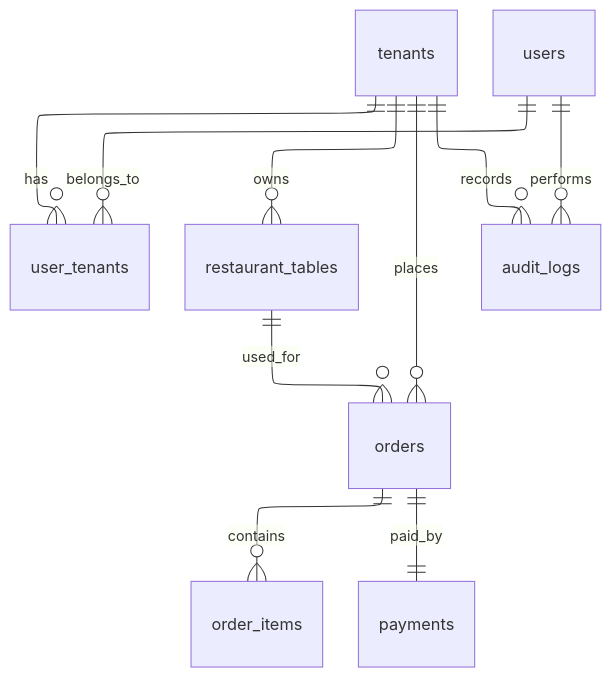
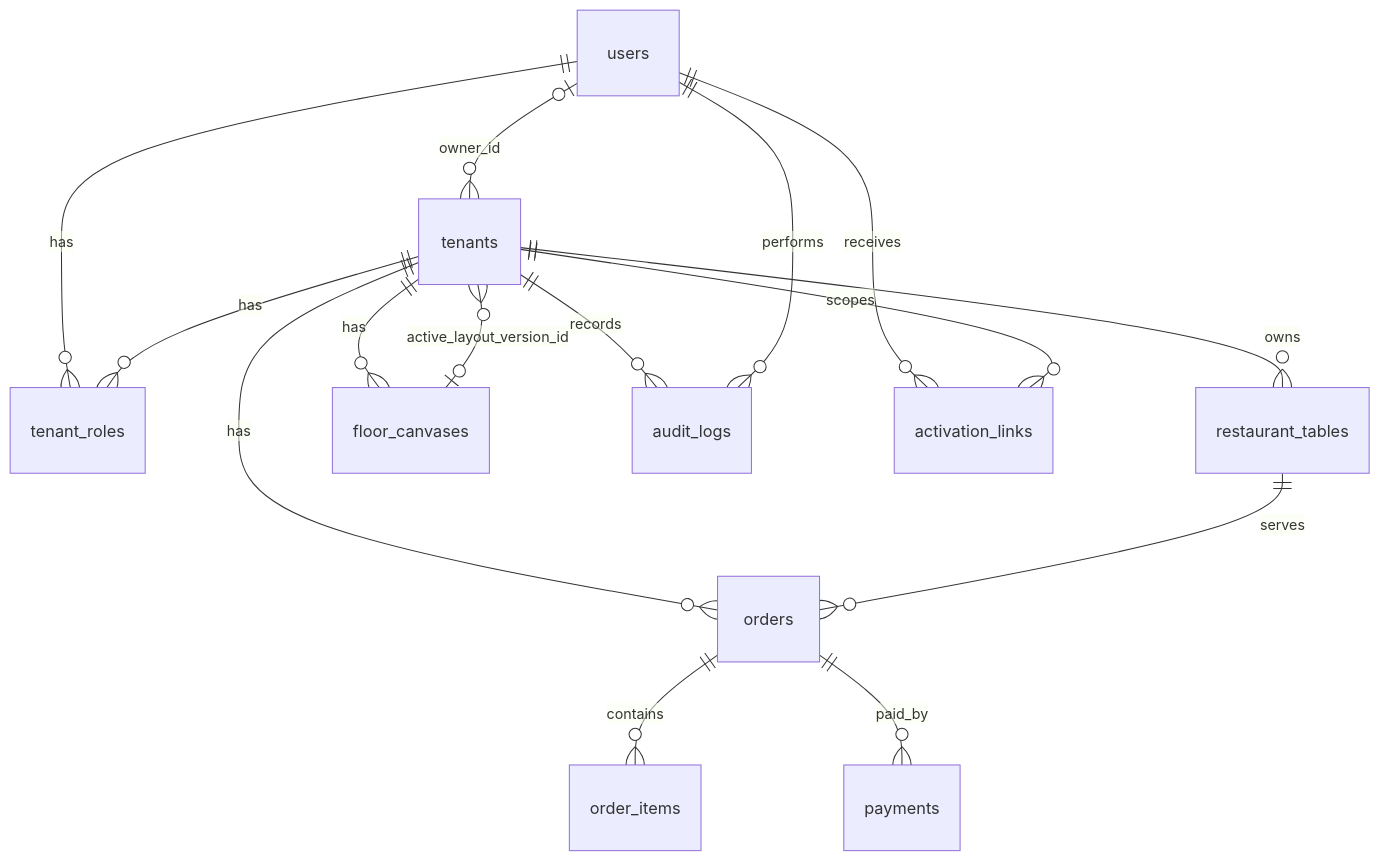
Before and after one commit to restorio-labs/restorio-fullstack: the diagram in app/api/docs/postgres_schema.md, drawn with Mermaid. The commit also changed other lines of this file and 16 other files, not shown here.

Commit message:
#75 - Remove UserTenant model and related references; update database schema and DTOs accordingly

````diff
--- a/app/api/docs/postgres_schema.md
+++ b/app/api/docs/postgres_schema.md
@@ -35,19 +12,22 @@
 ```mermaid
----
-config:
-  layout: elk
----
 erDiagram
-    tenants ||--o{ user_tenants : has
-    users ||--o{ user_tenants : belongs_to
+    users ||--o{ tenant_roles : has
+    tenants ||--o{ tenant_roles : has
 
     tenants ||--o{ restaurant_tables : owns
-    tenants ||--o{ orders : places
+    tenants ||--o{ floor_canvases : has
+    tenants ||--o{ orders : has
+    restaurant_tables ||--o{ orders : serves
 
-    restaurant_tables ||--o{ orders : used_for
     orders ||--o{ order_items : contains
-    orders ||--|| payments : paid_by
+    orders ||--o{ payments : paid_by
 
     tenants ||--o{ audit_logs : records
     users ||--o{ audit_logs : performs
+
+    users ||--o{ activation_links : receives
+    tenants ||--o{ activation_links : scopes
+
+    users o|--o{ tenants : owner_id
+    floor_canvases o|--o{ tenants : active_layout_version_id
 ```
````
